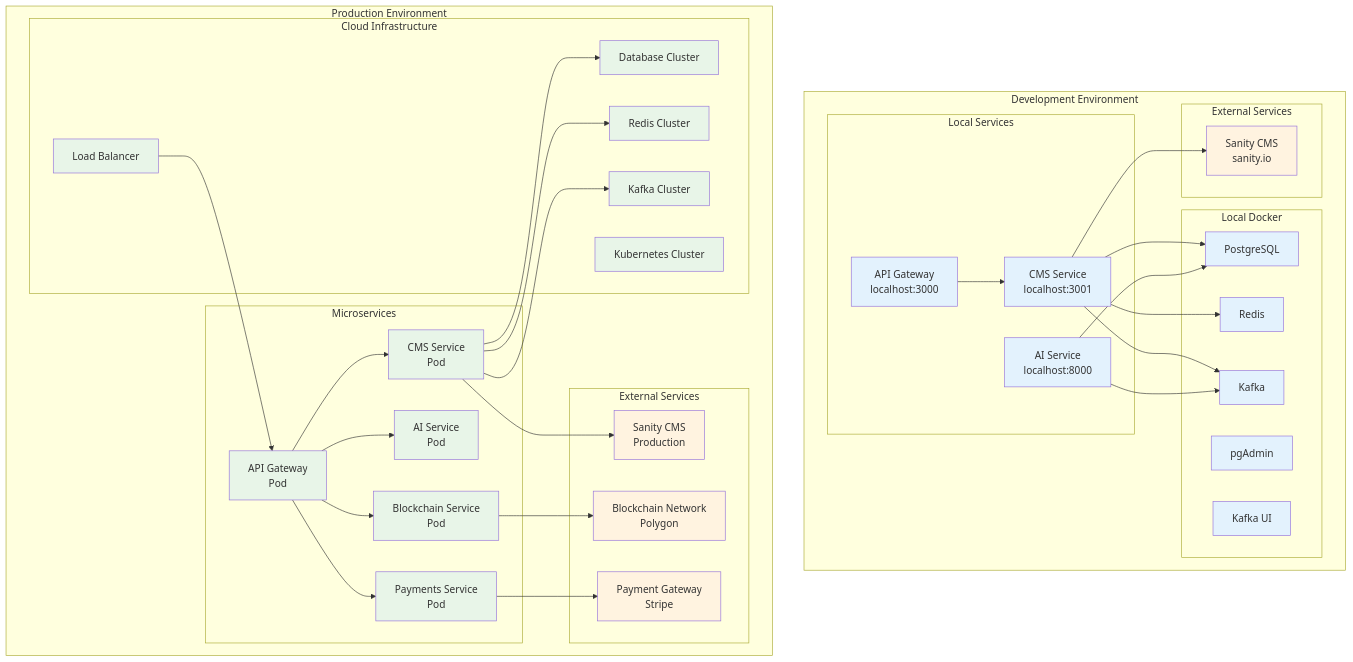
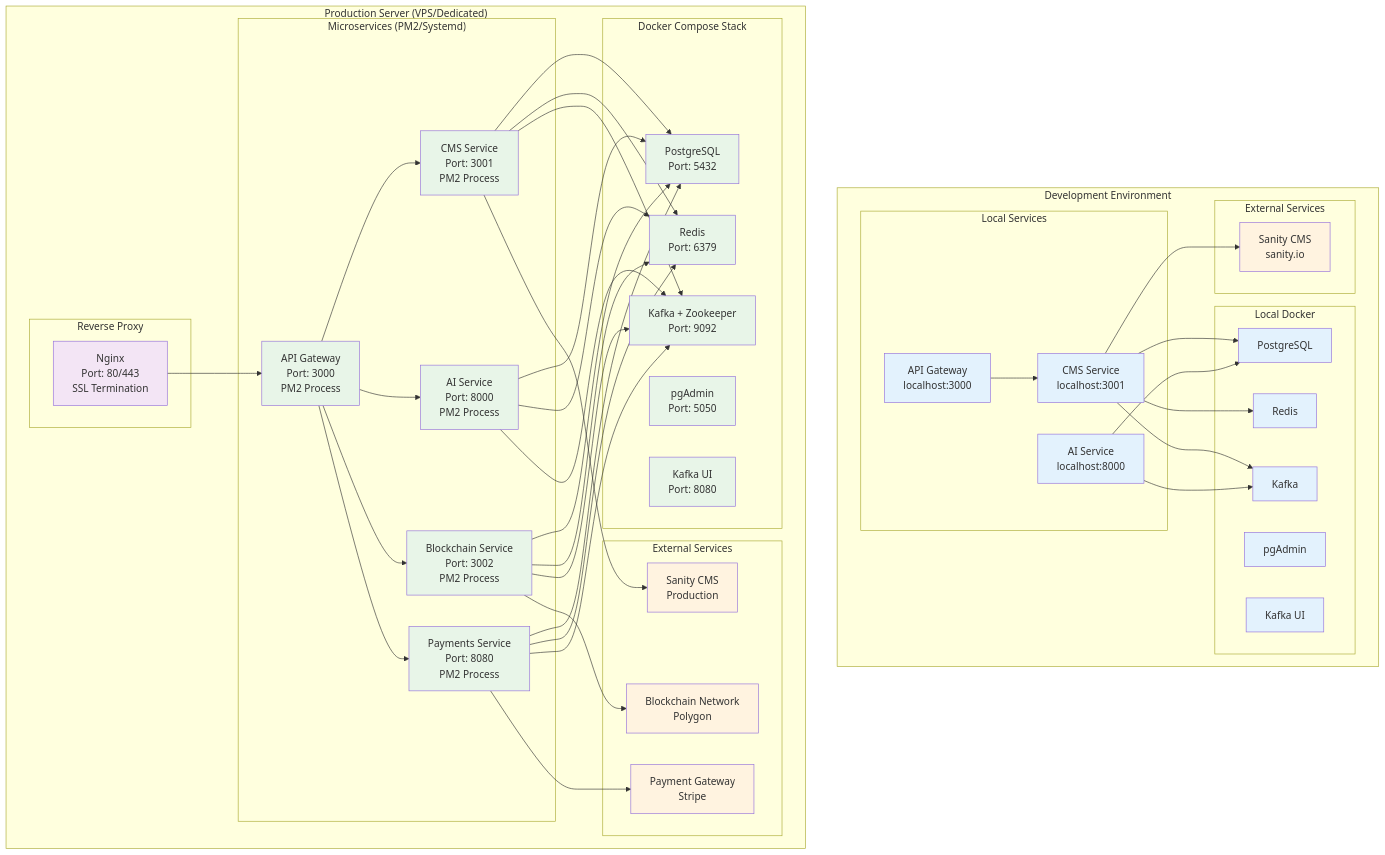
Before and after one commit to JeanFSZ/core-flow: the sixth of 7 diagrams in infra/ARCHITECTURE-DIAGRAMS.md, drawn with Mermaid. The commit also changed other lines of this file and 3 other files, not shown here.

First line of the commit message:
docs: add server deployment architecture and scripts

````diff
--- a/infra/ARCHITECTURE-DIAGRAMS.md
+++ b/infra/ARCHITECTURE-DIAGRAMS.md
@@ -301,21 +301,25 @@
         end
     end
     
-    subgraph "Production Environment"
-        subgraph "Cloud Infrastructure"
-            P1[Kubernetes Cluster]
-            P2[Load Balancer]
-            P3[Database Cluster]
-            P4[Redis Cluster]
-            P5[Kafka Cluster]
+    subgraph "Production Server (VPS/Dedicated)"
+        subgraph "Docker Compose Stack"
+            P1[PostgreSQL<br/>Port: 5432]
+            P2[Redis<br/>Port: 6379]
+            P3[Kafka + Zookeeper<br/>Port: 9092]
+            P4[pgAdmin<br/>Port: 5050]
+            P5[Kafka UI<br/>Port: 8080]
         end
         
-        subgraph "Microservices"
-            M1[CMS Service<br/>Pod]
-            M2[API Gateway<br/>Pod]
-            M3[AI Service<br/>Pod]
-            M4[Blockchain Service<br/>Pod]
-            M5[Payments Service<br/>Pod]
+        subgraph "Microservices (PM2/Systemd)"
+            M1[CMS Service<br/>Port: 3001<br/>PM2 Process]
+            M2[API Gateway<br/>Port: 3000<br/>PM2 Process]
+            M3[AI Service<br/>Port: 8000<br/>PM2 Process]
+            M4[Blockchain Service<br/>Port: 3002<br/>PM2 Process]
+            M5[Payments Service<br/>Port: 8080<br/>PM2 Process]
+        end
+        
+        subgraph "Reverse Proxy"
+            RP[Nginx<br/>Port: 80/443<br/>SSL Termination]
         end
         
         subgraph "External Services"
@@ -335,24 +339,35 @@
     L3 --> D3
     
     %% Production connections
-    P2 --> M2
+    RP --> M2
     M2 --> M1
     M2 --> M3
     M2 --> M4
     M2 --> M5
+    M1 --> P1
+    M1 --> P2
     M1 --> P3
-    M1 --> P4
-    M1 --> P5
     M1 --> E2
+    M3 --> P1
+    M3 --> P2
+    M3 --> P3
+    M4 --> P1
+    M4 --> P2
+    M4 --> P3
     M4 --> E3
+    M5 --> P1
+    M5 --> P2
+    M5 --> P3
     M5 --> E4
     
     %% Styling
     classDef dev fill:#e3f2fd
     classDef prod fill:#e8f5e8
     classDef external fill:#fff3e0
+    classDef proxy fill:#f3e5f5
     
     class D1,D2,D3,D4,D5,L1,L2,L3 dev
     class P1,P2,P3,P4,P5,M1,M2,M3,M4,M5 prod
     class E1,E2,E3,E4 external
+    class RP proxy
 ```
````
